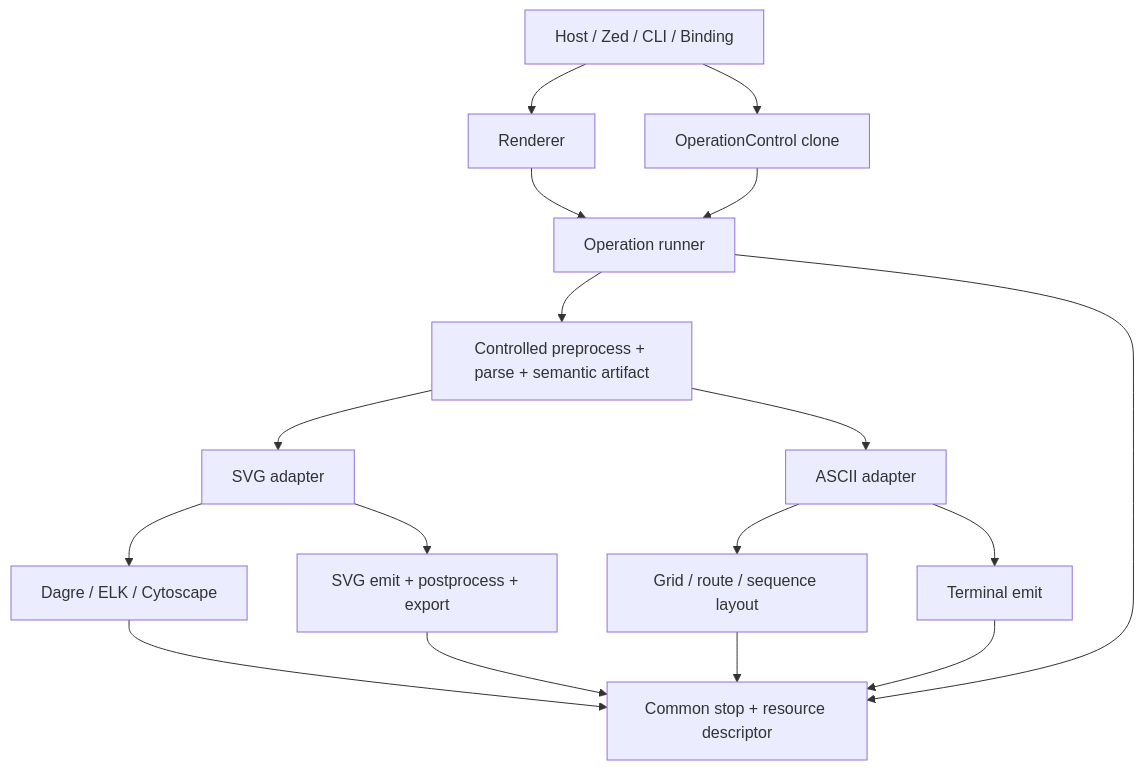
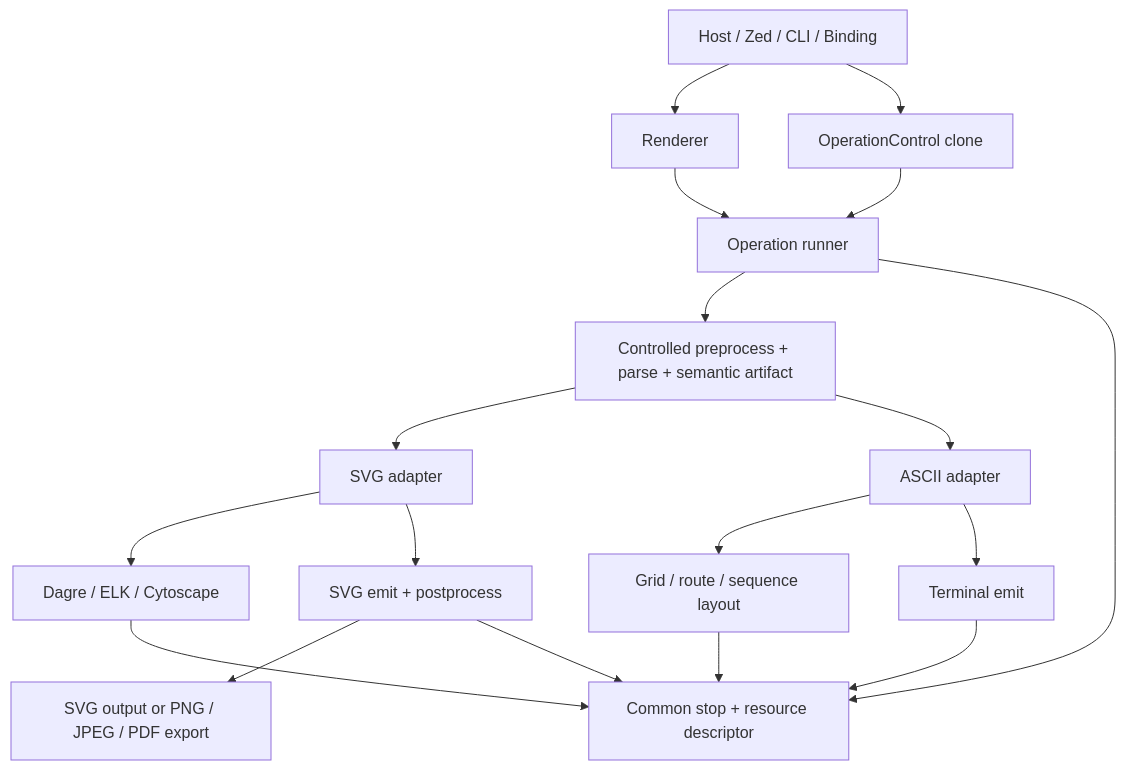
Before and after one commit to Latias94/merman: the diagram in docs/plans/2026-08-12-001-refactor-operation-execution-control-plan.md, drawn with Mermaid. The commit also changed other lines of this file, not shown here.

````diff
--- a/docs/plans/2026-08-12-001-refactor-operation-execution-control-plan.md
+++ b/docs/plans/2026-08-12-001-refactor-operation-execution-control-plan.md
@@ -138,19 +138,20 @@
 ```mermaid
 flowchart TD
     H[Host / Zed / CLI / Binding] --> R[Renderer]
     H --> C[OperationControl clone]
     R --> O[Operation runner]
     C --> O
     O --> P[Controlled preprocess + parse + semantic artifact]
     P --> S[SVG adapter]
     P --> A[ASCII adapter]
     S --> L1[Dagre / ELK / Cytoscape]
-    S --> E1[SVG emit + postprocess + export]
+    S --> E1[SVG emit + postprocess]
+    E1 --> X[SVG output or PNG / JPEG / PDF export]
     A --> L2[Grid / route / sequence layout]
     A --> E2[Terminal emit]
     O --> Q[Common stop + resource descriptor]
     L1 --> Q
     L2 --> Q
     E1 --> Q
     E2 --> Q
 ```
````
